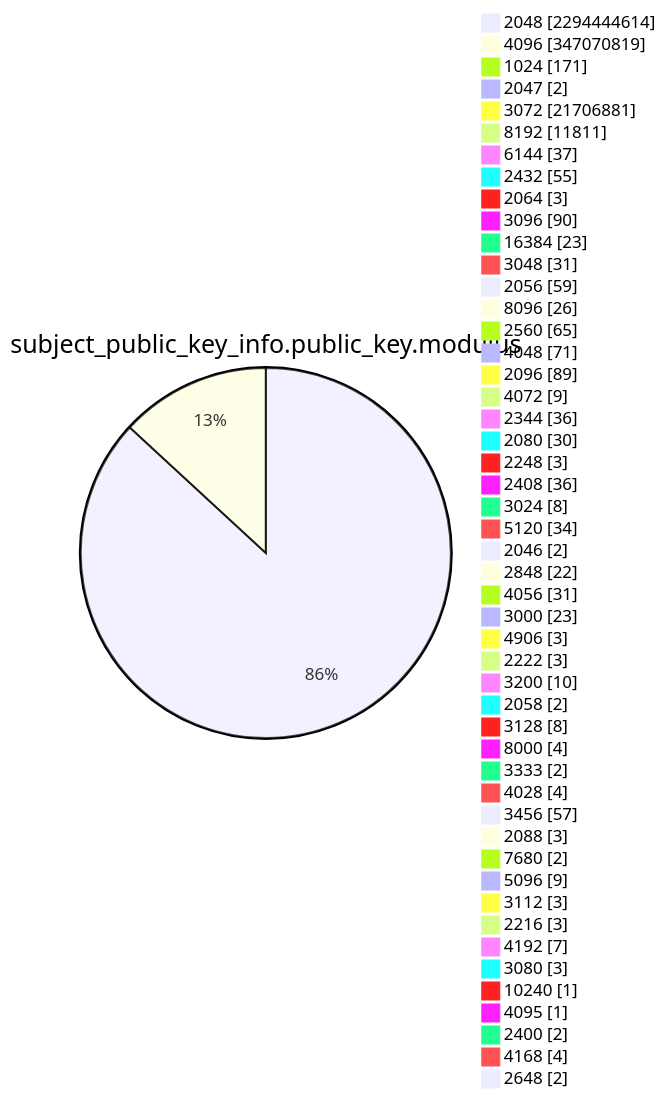
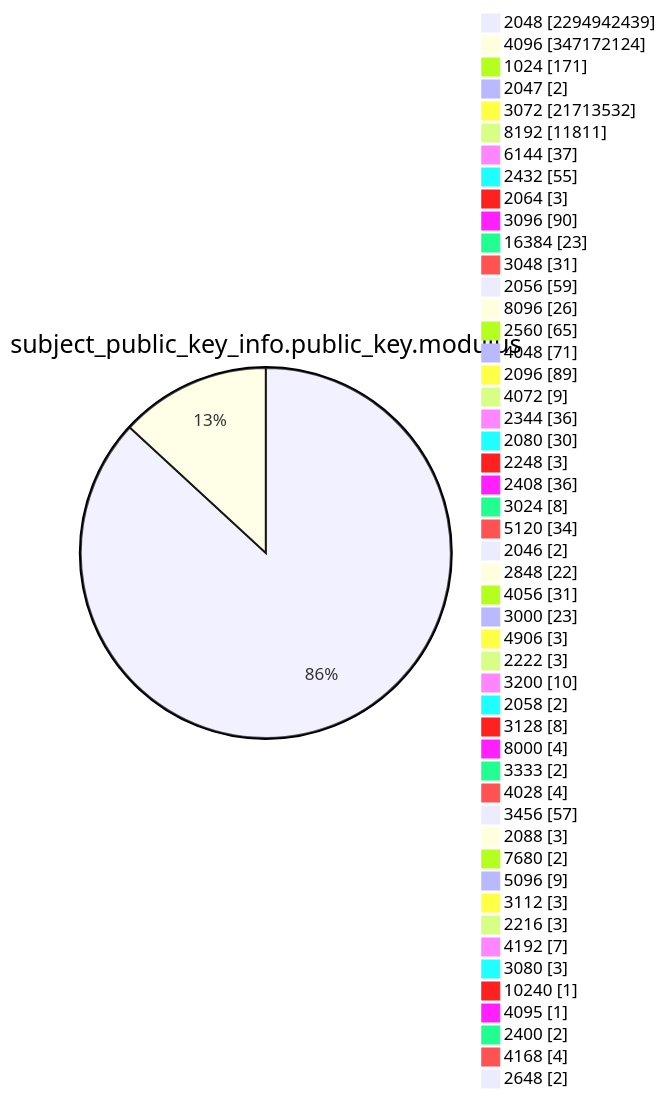
Before and after one commit to christiankrug/ctmonitor_visualization: diagram 13 of 15 in TOTAL/README.md, drawn with Mermaid. The commit also changed other lines of this file, not shown here.

````diff
--- a/TOTAL/README.md
+++ b/TOTAL/README.md
@@ -4167,53 +4167,53 @@
 ```mermaid
 pie showData
 title subject_public_key_info.public_key.modulus
-"2048" :2294444614
-"4096" :347070819
+"2048" :2294942439
+"4096" :347172124
 "1024" :171
 "2047" :2
-"3072" :21706881
+"3072" :21713532
 "8192" :11811
 "6144" :37
 "2432" :55
 "2064" :3
 "3096" :90
 "16384" :23
 "3048" :31
 "2056" :59
 "8096" :26
 "2560" :65
 "4048" :71
 "2096" :89
 "4072" :9
 "2344" :36
 "2080" :30
 "2248" :3
 "2408" :36
 "3024" :8
 "5120" :34
 "2046" :2
 "2848" :22
 "4056" :31
 "3000" :23
 "4906" :3
 "2222" :3
 "3200" :10
 "2058" :2
 "3128" :8
 "8000" :4
 "3333" :2
 "4028" :4
 "3456" :57
 "2088" :3
 "7680" :2
 "5096" :9
 "3112" :3
 "2216" :3
 "4192" :7
 "3080" :3
 "10240" :1
 "4095" :1
 "2400" :2
 "4168" :4
 "2648" :2
 ```
````
